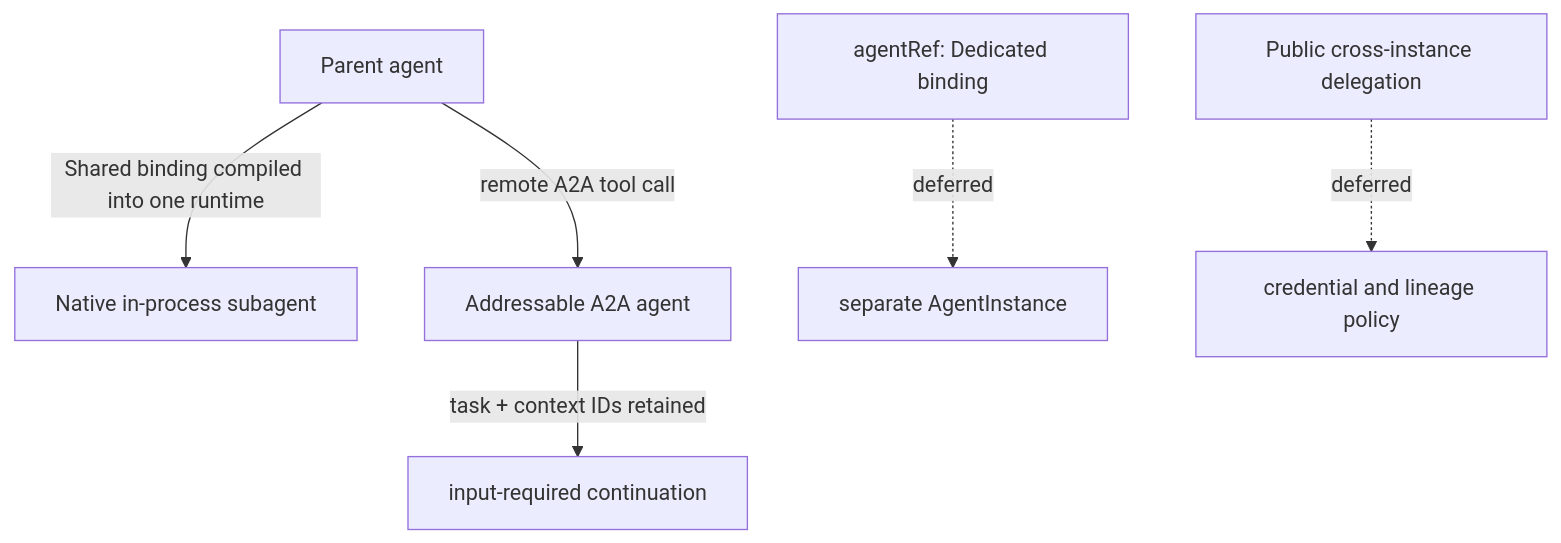
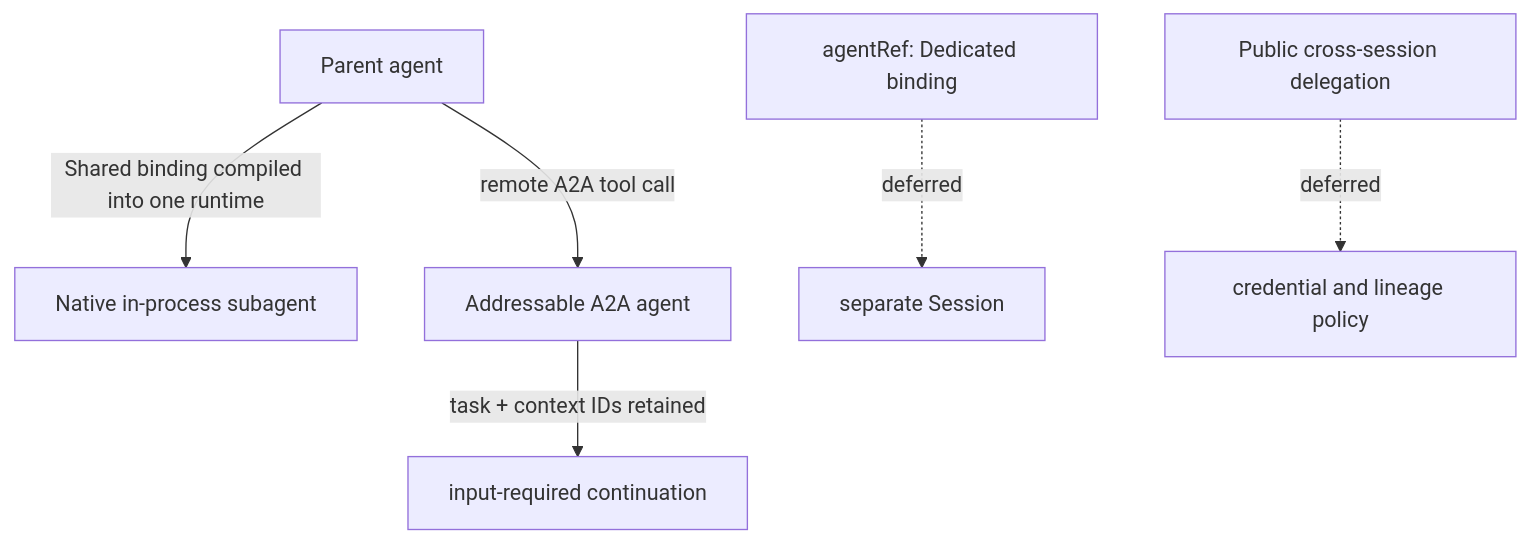
The diagram in docs/architecture/a2a-subagents.md (kagent-dev/kagent), drawn with Mermaid before and after one commit. The commit also changed other lines of this file and 167 other files, not shown here.

````diff
--- a/docs/architecture/a2a-subagents.md
+++ b/docs/architecture/a2a-subagents.md
@@ -5,9 +5,9 @@
 ```mermaid
 flowchart TB
     PARENT[Parent agent]
     PARENT -->|Shared binding compiled into one runtime| LOCAL[Native in-process subagent]
     PARENT -->|remote A2A tool call| REMOTE[Addressable A2A agent]
     REMOTE -->|task + context IDs retained| CONTINUE[input-required continuation]
-    DEDICATED[agentRef: Dedicated binding] -. deferred .-> SEPARATE[separate AgentInstance]
-    PUBLIC[Public cross-instance delegation] -. deferred .-> POLICY[credential and lineage policy]
+    DEDICATED[agentRef: Dedicated binding] -. deferred .-> SEPARATE[separate Session]
+    PUBLIC[Public cross-session delegation] -. deferred .-> POLICY[credential and lineage policy]
 ```
````
